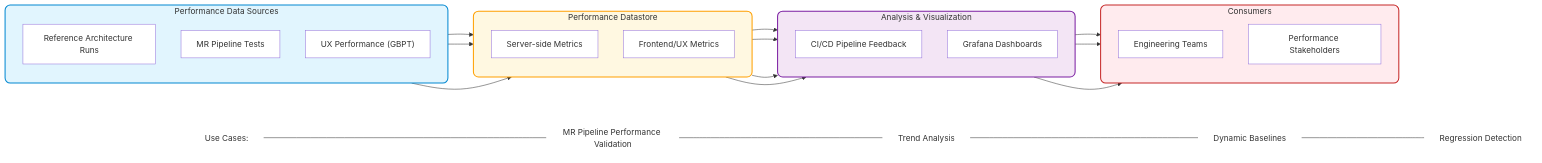
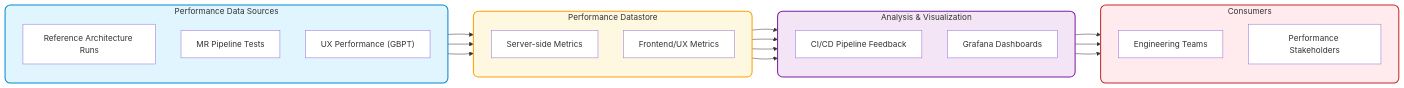
One commit to zalyoung/gitlab-handbook changed the first of 3 diagrams in content/handbook/engineering/architecture/design-documents/performance_datastore/_index.md. Above: the diagram before and after it, drawn with Mermaid. The commit also changed other lines of this file, not shown here.

Commit message:
Adding more diagrams

````diff
--- a/content/handbook/engineering/architecture/design-documents/performance_datastore/_index.md
+++ b/content/handbook/engineering/architecture/design-documents/performance_datastore/_index.md
@@ -25,68 +21,58 @@
 ```mermaid
 flowchart LR
     %% Define nodes with meaningful IDs
     subgraph SRC["Performance Data Sources"]
         direction TB
         RA["Reference Architecture Runs"]
         MR["MR Pipeline Tests"]
         UX["UX Performance (GBPT)"]
     end
 
     subgraph STORE["Performance Datastore"]
         direction TB
         SS["Server-side Metrics"]
         FE["Frontend/UX Metrics"]
     end
 
     subgraph VISUAL["Analysis & Visualization"]
         direction TB
         CI["CI/CD Pipeline Feedback"]
         GRAF["Grafana Dashboards"]
     end
 
     subgraph CONS["Consumers"]
         direction TB
         DEV["Engineering Teams"]
         PERF["Performance Stakeholders"]
     end
 
     %% Define the flow connections with better spacing
     RA --> SS
     MR --> SS
     UX --> FE
 
     SS --> CI
     SS --> GRAF
     FE --> CI
     FE --> GRAF
 
     CI --> DEV
     GRAF --> DEV
     GRAF --> PERF
 
-    %% Add use cases at the bottom - using four separate nodes with no visible connections
-    UC["Use Cases:"]
-    UC1["MR Pipeline Performance Validation"]
-    UC2["Trend Analysis"]
-    UC3["Dynamic Baselines"]
-    UC4["Regression Detection"]
-    UC --- UC1 --- UC2 --- UC3 --- UC4
-
     %% Style the different components
     classDef sources fill:#e1f5fe,stroke:#0288d1,stroke-width:2px,rx:10px,ry:10px
     classDef store fill:#fff8e1,stroke:#ffa000,stroke-width:2px,rx:10px,ry:10px
     classDef visual fill:#f3e5f5,stroke:#7b1fa2,stroke-width:2px,rx:10px,ry:10px
     classDef consumers fill:#ffebee,stroke:#c62828,stroke-width:2px,rx:10px,ry:10px
     classDef useCases fill:#e0f7fa,stroke:#00838f,stroke-width:1px
     classDef ucItem fill:white,stroke:none
     classDef ucLabel fill:none,stroke:none
     classDef nodes fill:white,stroke-width:1px
 
     class SRC sources
     class STORE store
     class VISUAL visual
     class CONS consumers
-    class UC ucLabel
-    class UC1,UC2,UC3,UC4 ucItem
     class RA,MR,UX,SS,FE,CI,GRAF,DEV,PERF nodes
 ```
````
